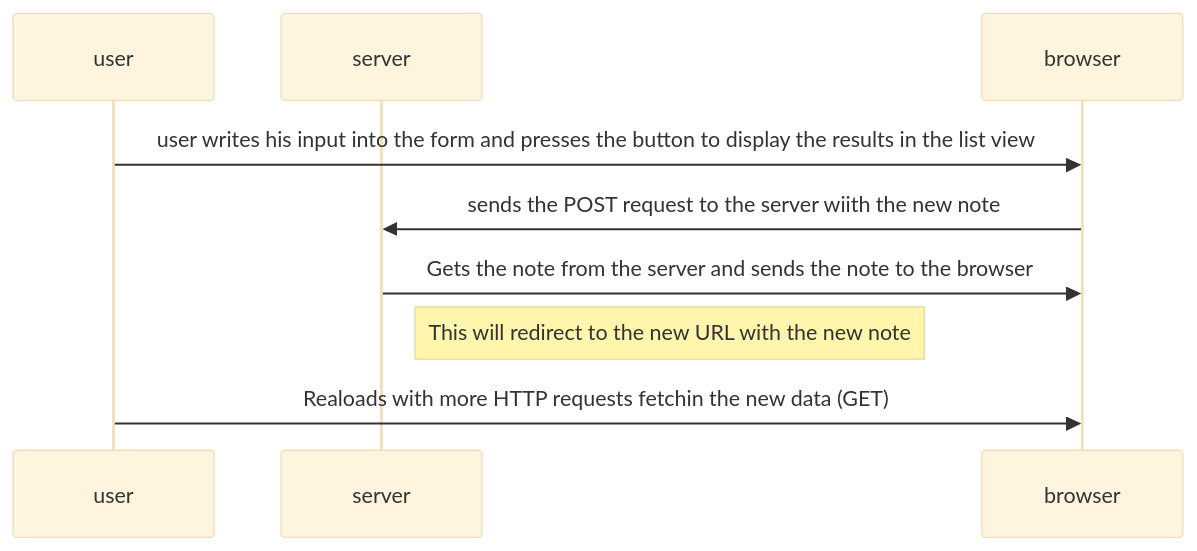
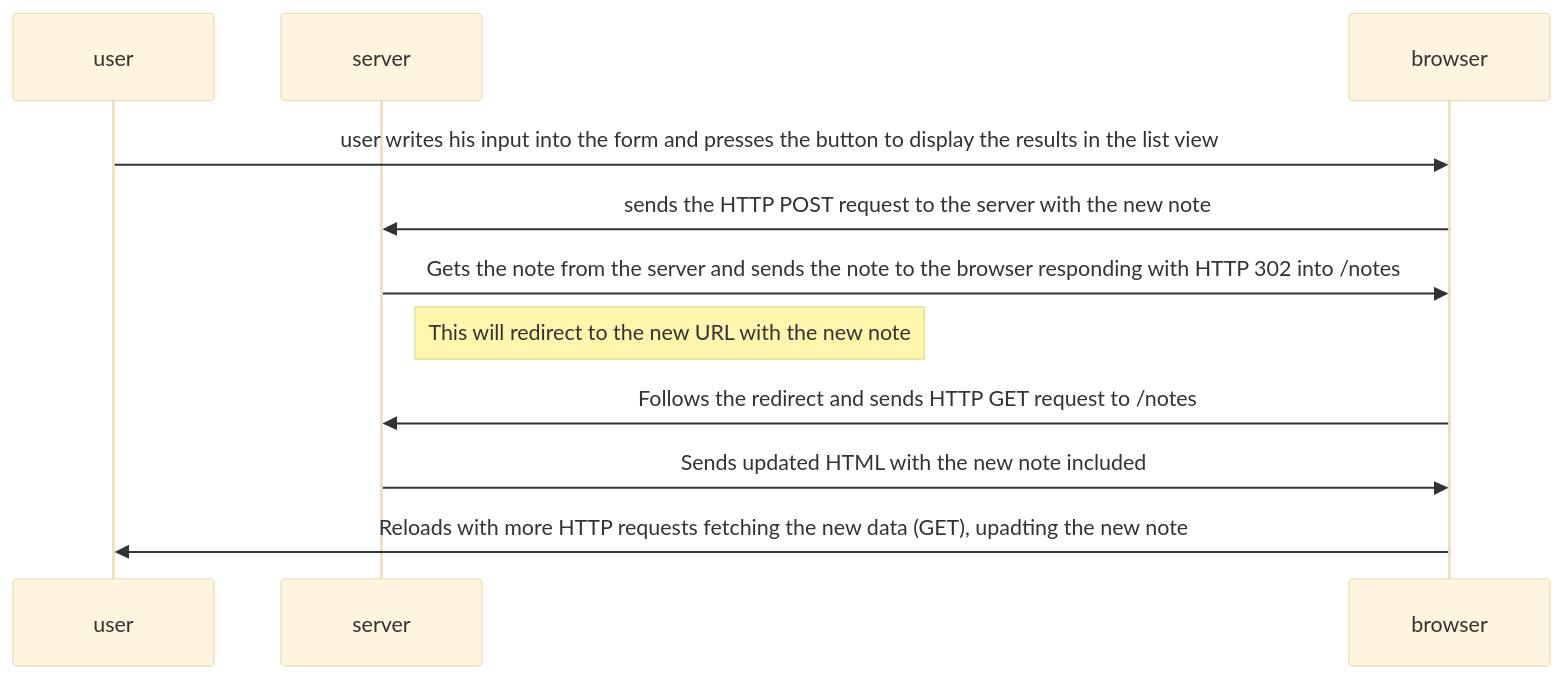
The first of 3 diagrams in part0/mermaid.md (CarlosKalayky/WebExercises), drawn with Mermaid (base theme) before and after one commit. The commit also changed other lines of this file, not shown here.

````diff
--- a/part0/mermaid.md
+++ b/part0/mermaid.md
@@ -1,11 +1,13 @@
 ```mermaid
 sequenceDiagram
     participant user
     participant server
     participant browser
     user->>browser: user writes his input into the form and presses the button to display the results in the list view
-    browser->>server: sends the POST request to the server wiith the new note
-    server->>browser: Gets the note from the server and sends the note to the browser
+    browser->>server: sends the HTTP POST request to the server with the new note
+    server->>browser: Gets the note from the server and sends the note to the browser responding with HTTP 302 into /notes
     Note right of server: This will redirect to the new URL with the new note
-    user->>browser: Realoads with more HTTP requests fetchin the new data (GET)
+    browser->>server: Follows the redirect and sends HTTP GET request to /notes
+    server->>browser: Sends updated HTML with the new note included
+    browser->>user: Reloads with more HTTP requests fetching the new data (GET), upadting the new note
 ```
````
